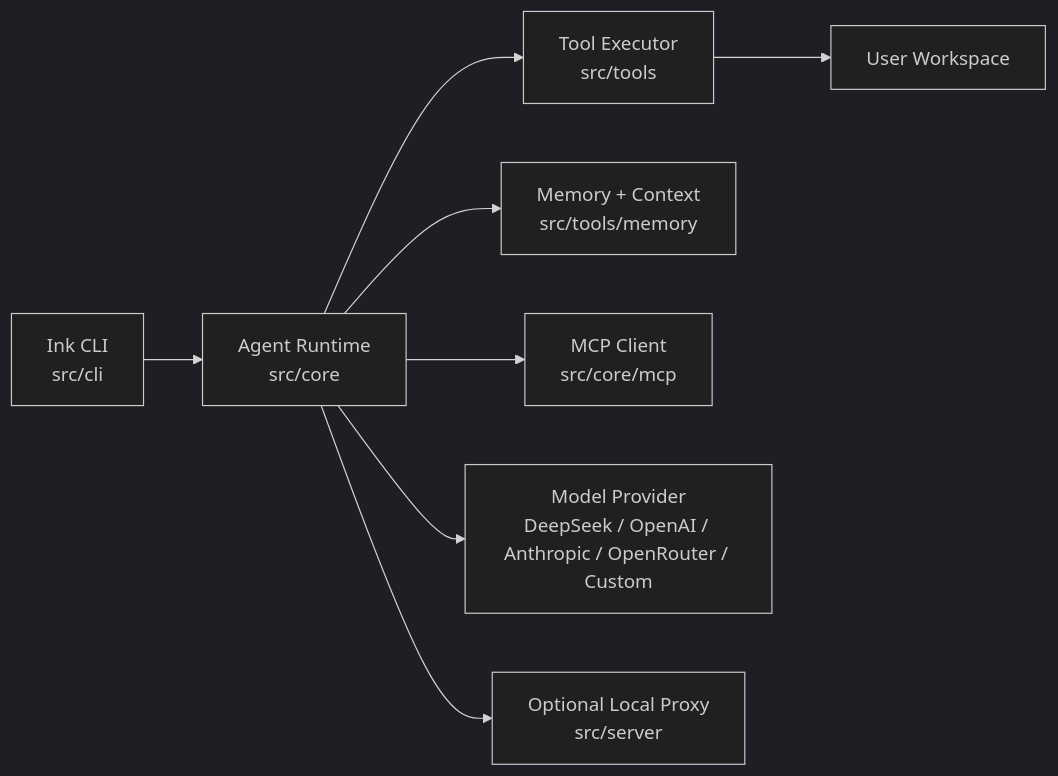
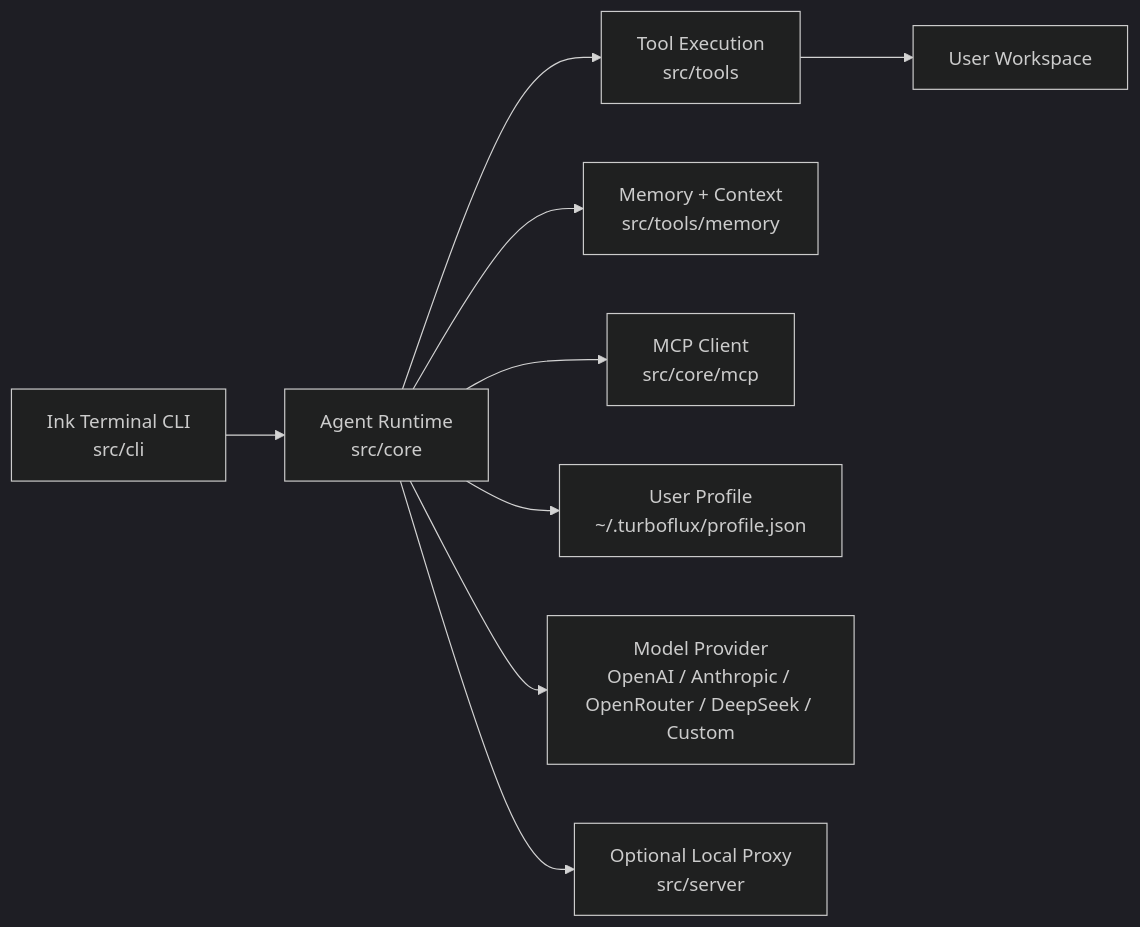
One commit to MengShengbo/TurboFlux changed the second of 2 diagrams in README.md. Above: the diagram before and after it, drawn with Mermaid (dark theme). The commit also changed other lines of this file and 12 other files, not shown here.

````diff
--- a/README.md
+++ b/README.md
@@ -189,10 +211,11 @@
 ```mermaid
 flowchart LR
-  CLI["Ink CLI\nsrc/cli"] --> Runtime["Agent Runtime\nsrc/core"]
-  Runtime --> Tools["Tool Executor\nsrc/tools"]
+  CLI["Ink Terminal CLI\nsrc/cli"] --> Runtime["Agent Runtime\nsrc/core"]
+  Runtime --> Tools["Tool Execution\nsrc/tools"]
   Runtime --> Memory["Memory + Context\nsrc/tools/memory"]
   Runtime --> MCP["MCP Client\nsrc/core/mcp"]
-  Runtime --> Provider["Model Provider\nDeepSeek / OpenAI / Anthropic / OpenRouter / Custom"]
+  Runtime --> Profile["User Profile\n~/.turboflux/profile.json"]
+  Runtime --> Provider["Model Provider\nOpenAI / Anthropic / OpenRouter / DeepSeek / Custom"]
   Runtime --> Proxy["Optional Local Proxy\nsrc/server"]
   Tools --> Workspace["User Workspace"]
 ```
````
